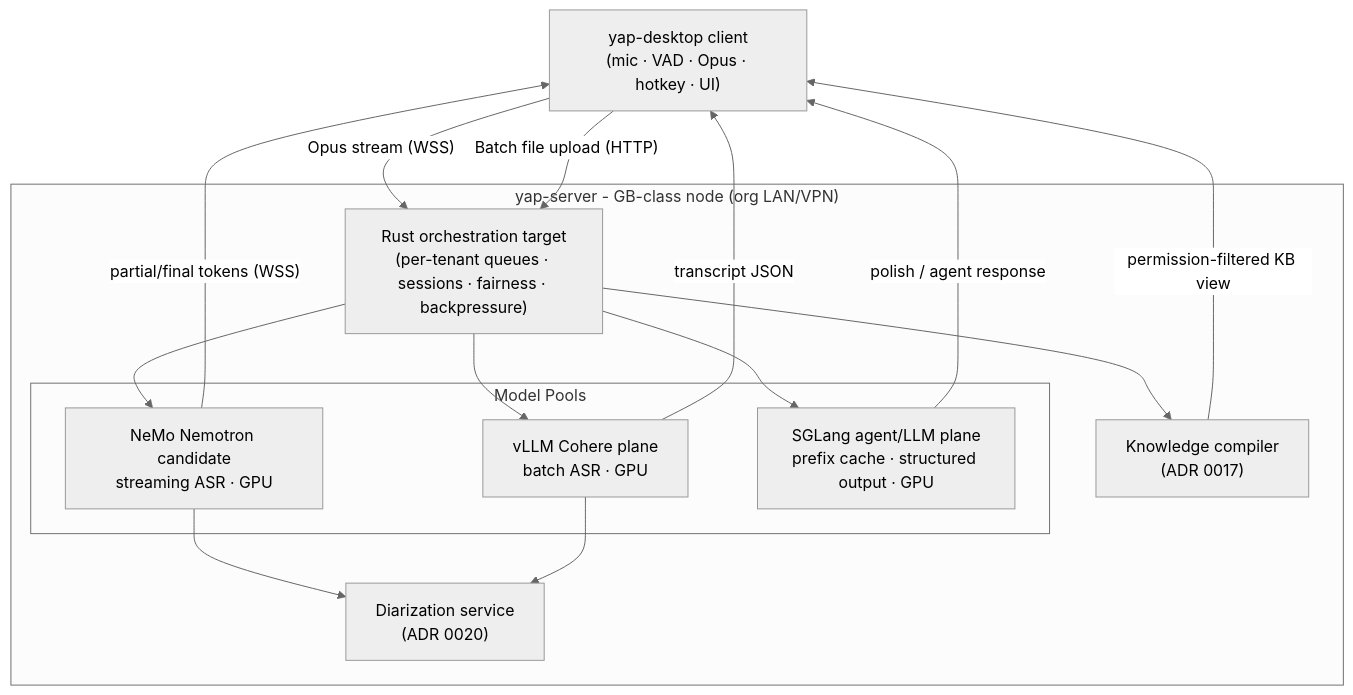
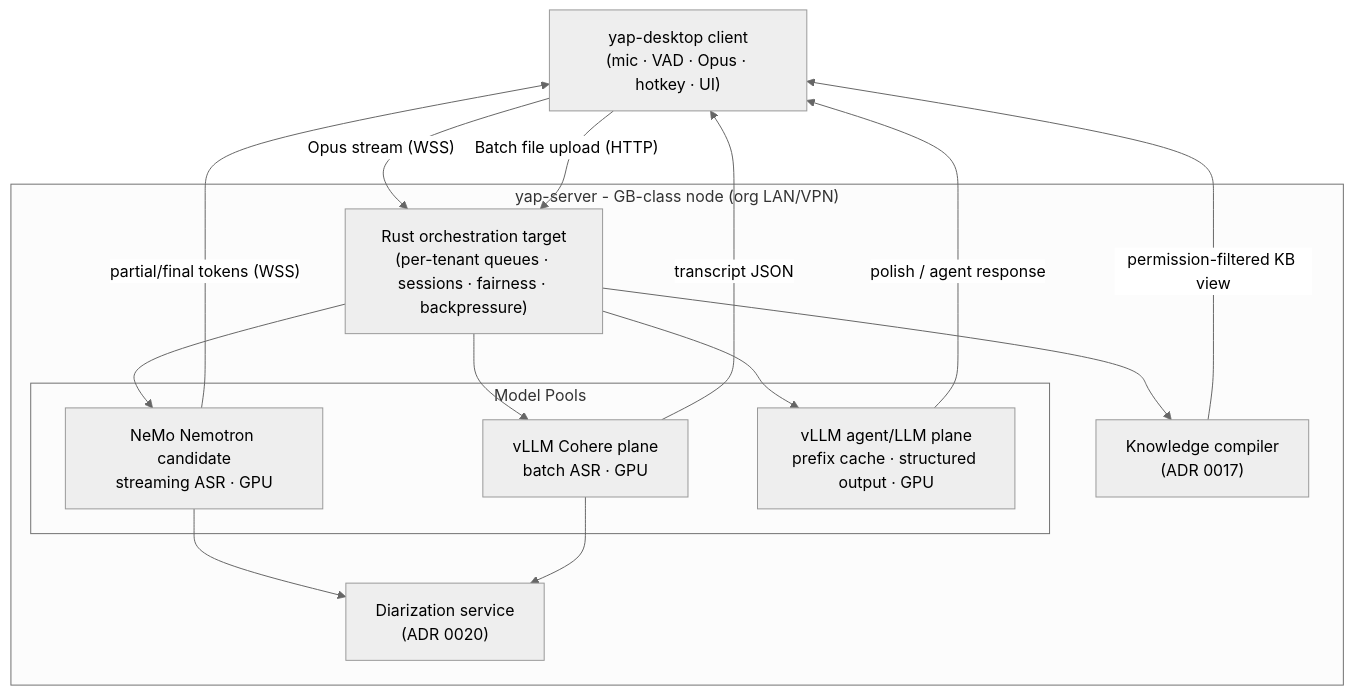
One commit to ZoOtMcNoOt/yap changed the first of 5 diagrams in docs/adr/0014-server-tier-compute-topology.md. Above: the diagram before and after it, drawn with Mermaid (neutral theme). The commit also changed other lines of this file and 17 other files, not shown here.

````diff
--- a/docs/adr/0014-server-tier-compute-topology.md
+++ b/docs/adr/0014-server-tier-compute-topology.md
@@ -66,29 +67,29 @@
 ```mermaid
 flowchart TB
     Client["yap-desktop client\n(mic · VAD · Opus · hotkey · UI)"]
 
     subgraph Server["yap-server - GB-class node (org LAN/VPN)"]
         Router["Rust orchestration target\n(per-tenant queues · sessions · fairness · backpressure)"]
 
         subgraph Pools["Model Pools"]
             ASR["NeMo Nemotron candidate\nstreaming ASR · GPU"]
             Batch["vLLM Cohere plane\nbatch ASR · GPU"]
-            LLM["SGLang agent/LLM plane\nprefix cache · structured output · GPU"]
+            LLM["vLLM agent/LLM plane\nprefix cache · structured output · GPU"]
         end
 
         KB["Knowledge compiler\n(ADR 0017)"]
         Diar["Diarization service\n(ADR 0020)"]
     end
 
     Client -->|"Opus stream (WSS)"| Router
     Client -->|"Batch file upload (HTTP)"| Router
     Router --> ASR
     Router --> Batch
     Router --> LLM
     Router --> KB
     ASR & Batch --> Diar
     ASR -->|"partial/final tokens (WSS)"| Client
     Batch -->|"transcript JSON"| Client
     LLM -->|"polish / agent response"| Client
     KB -->|"permission-filtered KB view"| Client
 ```
````
